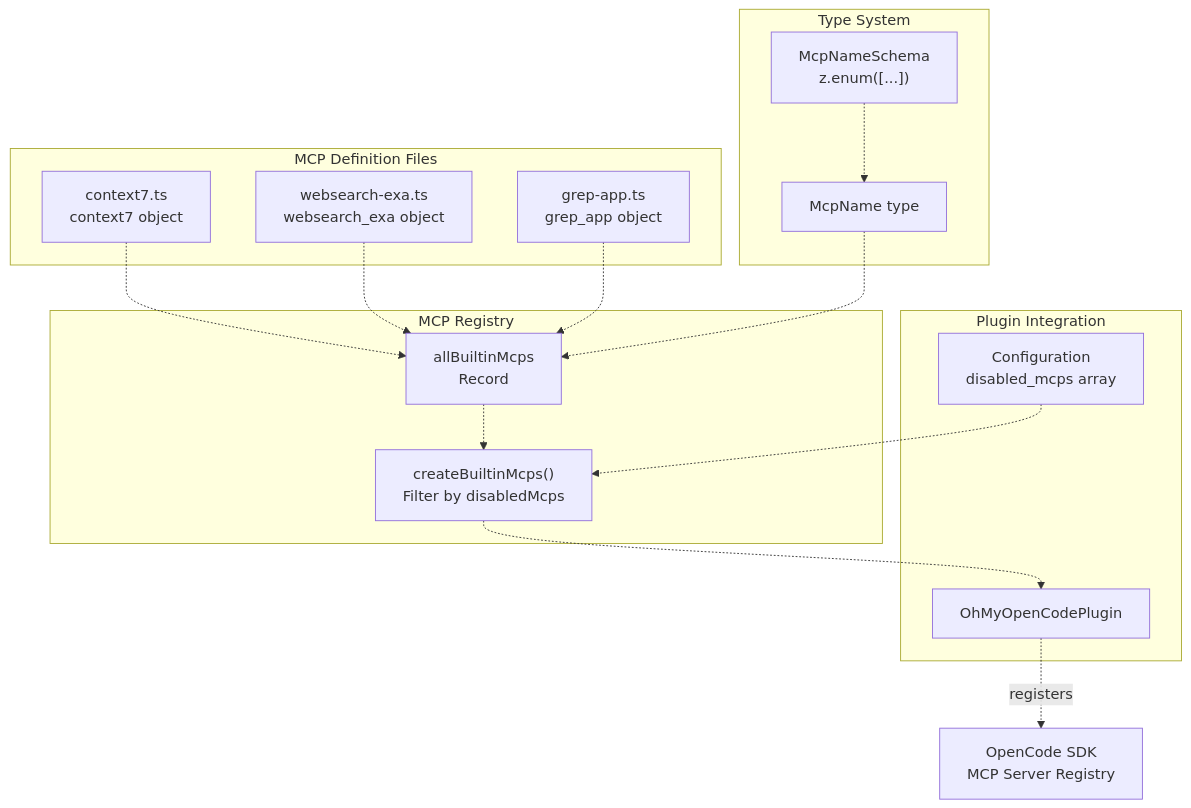
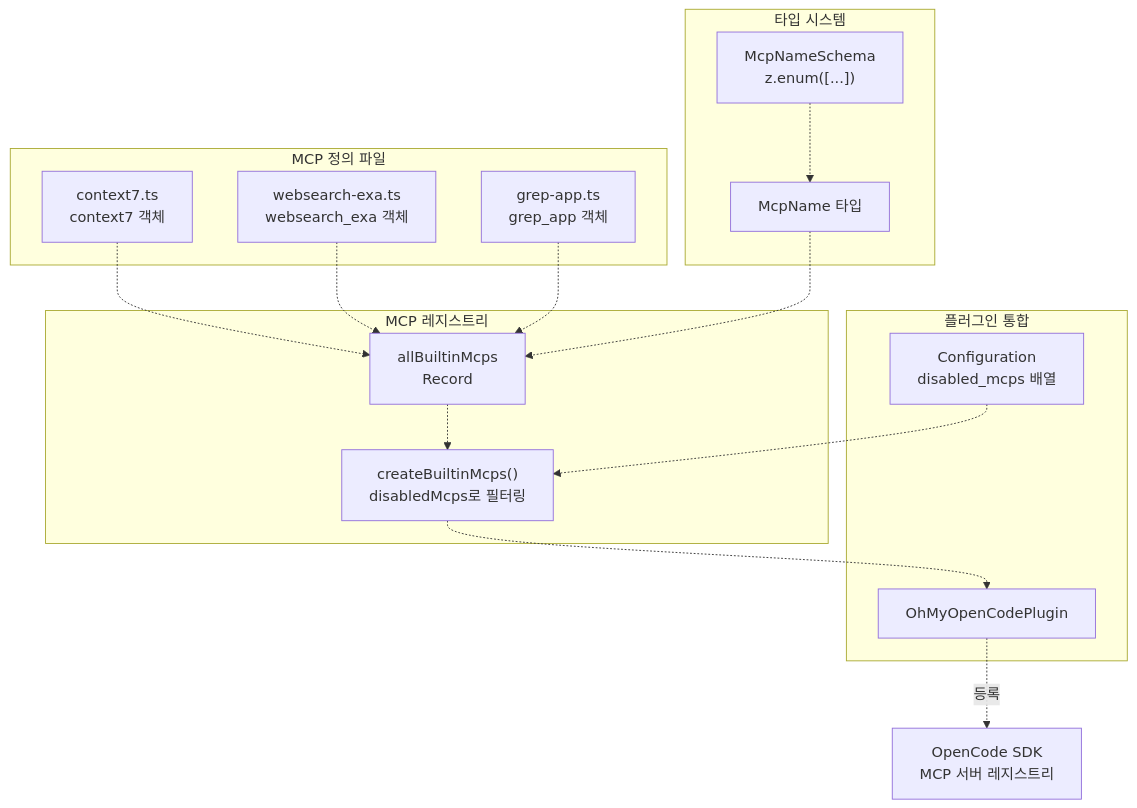
One commit to felipetruman/oh-my-opencode-docs changed the first of 3 diagrams in docs/mcp/built-in-mcps.md. Above: the diagram before and after it, drawn with Mermaid. The commit also changed other lines of this file and 76 other files, not shown here.

````diff
--- a/docs/mcp/built-in-mcps.md
+++ b/docs/mcp/built-in-mcps.md
@@ -45,45 +45,45 @@
 ```mermaid
 flowchart TD
 
-Context7Def["context7.ts<br>context7 object"]
-ExaDef["websearch-exa.ts<br>websearch_exa object"]
-GrepDef["grep-app.ts<br>grep_app object"]
+Context7Def["context7.ts<br>context7 객체"]
+ExaDef["websearch-exa.ts<br>websearch_exa 객체"]
+GrepDef["grep-app.ts<br>grep_app 객체"]
 McpNameSchema["McpNameSchema<br>z.enum([...])"]
-McpName["McpName type"]
+McpName["McpName 타입"]
 allBuiltinMcps["allBuiltinMcps<br>Record"]
-createBuiltinMcps["createBuiltinMcps()<br>Filter by disabledMcps"]
+createBuiltinMcps["createBuiltinMcps()<br>disabledMcps로 필터링"]
 OhMyOpenCodePlugin["OhMyOpenCodePlugin"]
-Config["Configuration<br>disabled_mcps array"]
-OpenCodeSDK["OpenCode SDK<br>MCP Server Registry"]
+Config["Configuration<br>disabled_mcps 배열"]
+OpenCodeSDK["OpenCode SDK<br>MCP 서버 레지스트리"]
 
 Context7Def -.-> allBuiltinMcps
 ExaDef -.-> allBuiltinMcps
 GrepDef -.-> allBuiltinMcps
 McpName -.-> allBuiltinMcps
 Config -.-> createBuiltinMcps
 createBuiltinMcps -.-> OhMyOpenCodePlugin
-OhMyOpenCodePlugin -.->|"registers"| OpenCodeSDK
+OhMyOpenCodePlugin -.->|"등록"| OpenCodeSDK
 
-subgraph subGraph3 ["Plugin Integration"]
+subgraph subGraph3 ["플러그인 통합"]
     OhMyOpenCodePlugin
     Config
 end
 
-subgraph subGraph2 ["MCP Registry"]
+subgraph subGraph2 ["MCP 레지스트리"]
     allBuiltinMcps
     createBuiltinMcps
     allBuiltinMcps -.-> createBuiltinMcps
 end
 
-subgraph subGraph1 ["Type System"]
+subgraph subGraph1 ["타입 시스템"]
     McpNameSchema
     McpName
     McpNameSchema -.-> McpName
 end
 
-subgraph subGraph0 ["MCP Definition Files"]
+subgraph subGraph0 ["MCP 정의 파일"]
     Context7Def
     ExaDef
     GrepDef
 end
 ```
````
